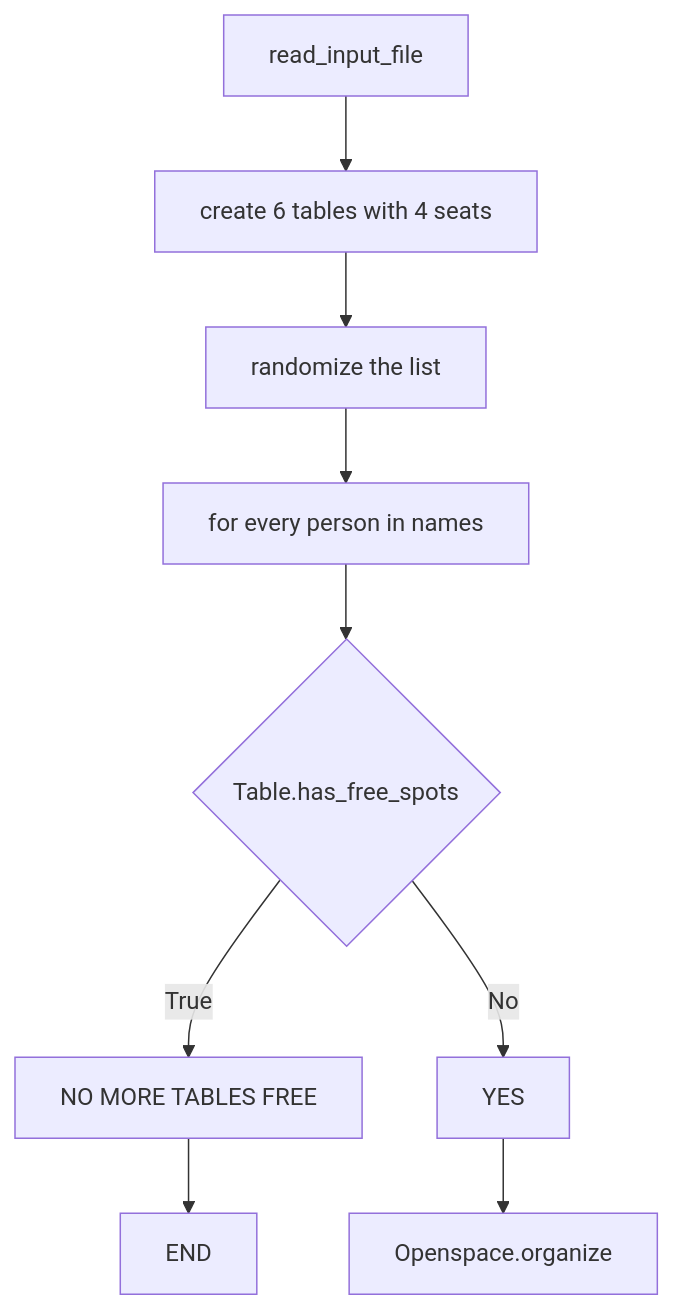
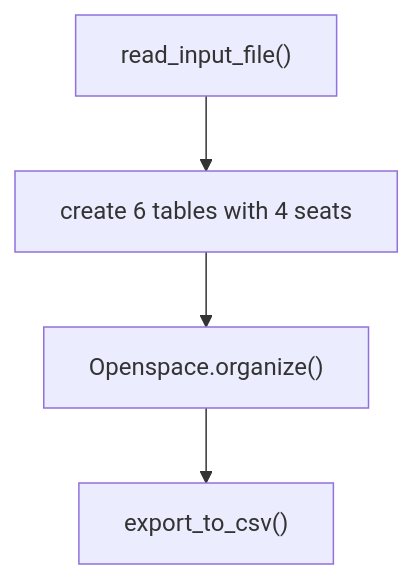
One commit to NathNacht/challenge-openspace-classifier changed the first of 2 diagrams in README.md. Above: the diagram before and after it, drawn with Mermaid. The commit also changed other lines of this file and 1 other file, not shown here.

````diff
--- a/README.md
+++ b/README.md
@@ -10,12 +11,6 @@
 ```mermaid
 graph TD;
-    A[read_input_file]-->B[create 6 tables with 4 seats];
-    B-->C[randomize the list]
-    C-->D[for every person in names];
-    D-->E{Table.has_free_spots};
-    E-- True --> G[NO MORE TABLES FREE];
-    G --> X[END]
-    E-- No --> F[YES];
-    F-->H[Openspace.organize];
-
+    A["read_input_file()"]-->B[create 6 tables with 4 seats];
+    B-->C["Openspace.organize()"];
+    C-->D["export_to_csv()"];
 ```
````
